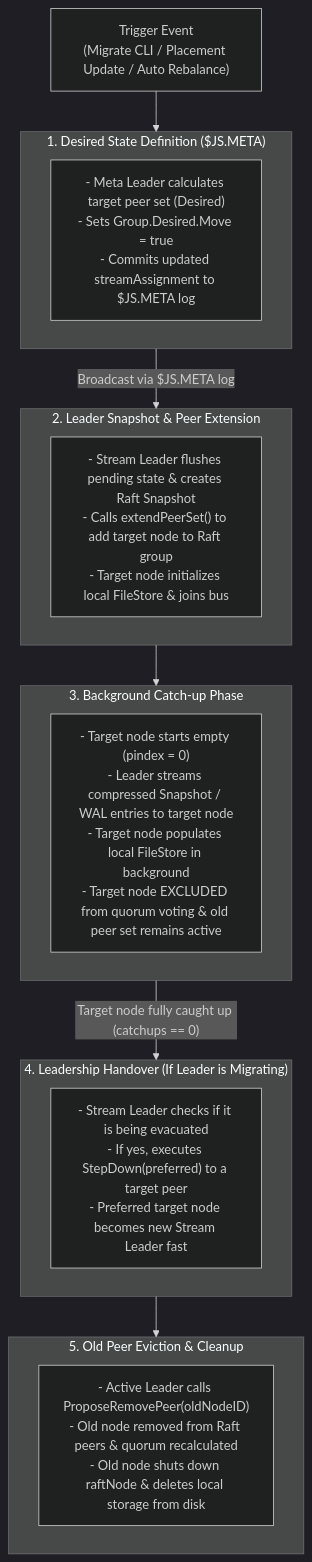
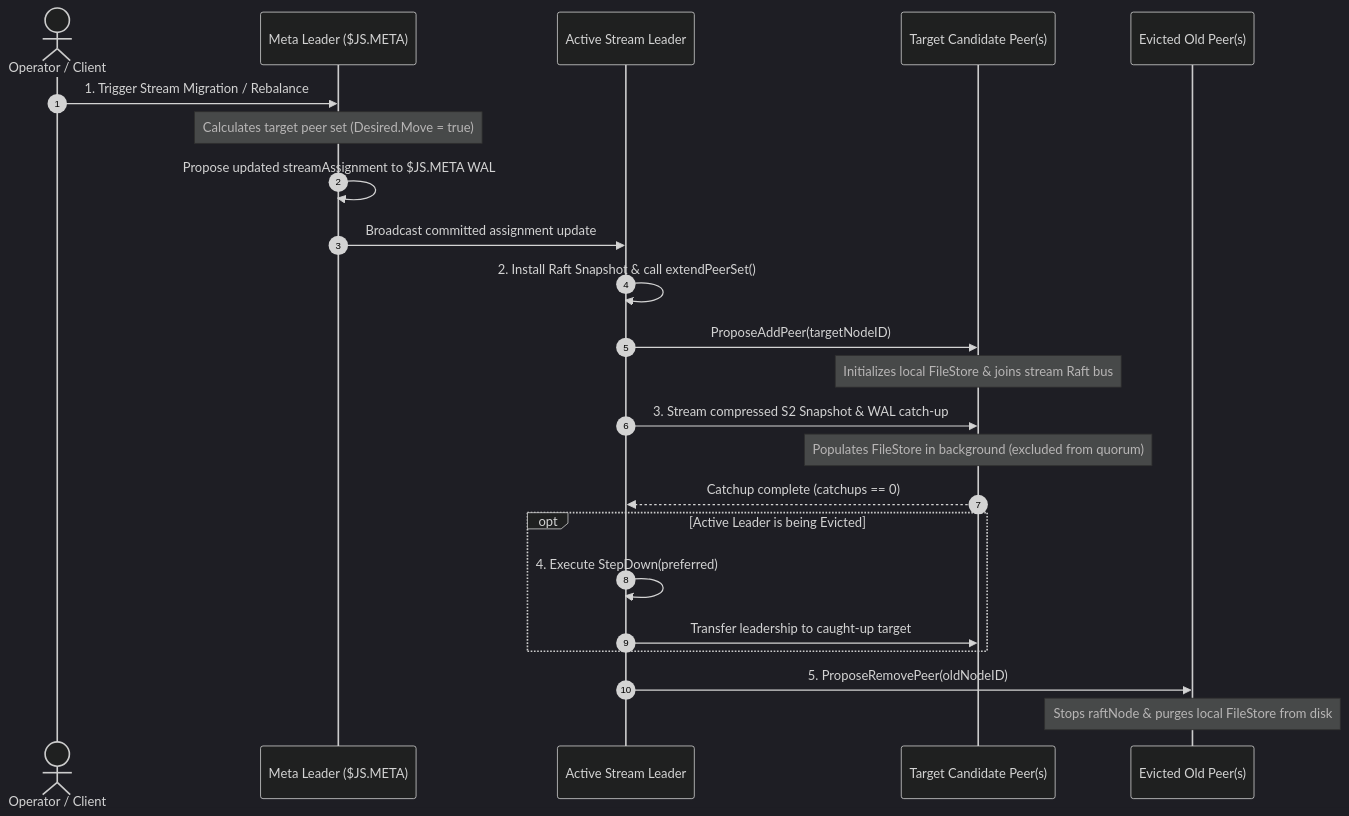
The diagram in supporting_documentation/streams/lifecycle/cluster-operations/balancing.md (hemanthkumar2k19/nats-eval), drawn with Mermaid (dark theme) before and after one commit. The commit also changed other lines of this file and 7 other files, not shown here.

Commit message:
docs: replace cluster operation flowcharts with sequence diagrams in stream lifecycle guides

````diff
--- a/supporting_documentation/streams/lifecycle/cluster-operations/balancing.md
+++ b/supporting_documentation/streams/lifecycle/cluster-operations/balancing.md
@@ -36,32 +23,26 @@
 ```mermaid
-flowchart TD
-    Trigger["Trigger Event\n(Migrate CLI / Placement Update / Auto Rebalance)"] --> Step1
+sequenceDiagram
+    autonumber
+    actor Op as Operator / Client
+    participant Meta as Meta Leader ($JS.META)
+    participant Leader as Active Stream Leader
+    participant Target as Target Candidate Peer(s)
+    participant OldNode as Evicted Old Peer(s)
 
-    subgraph Step1["1. Desired State Definition ($JS.META)"]
-        S1["- Meta Leader calculates target peer set (Desired)\n- Sets Group.Desired.Move = true\n- Commits updated streamAssignment to $JS.META log"]
+    Op->>Meta: 1. Trigger Stream Migration / Rebalance
+    Note over Meta: Calculates target peer set (Desired.Move = true)
+    Meta->>Meta: Propose updated streamAssignment to $JS.META WAL
+    Meta->>Leader: Broadcast committed assignment update
+    Leader->>Leader: 2. Install Raft Snapshot & call extendPeerSet()
+    Leader->>Target: ProposeAddPeer(targetNodeID)
+    Note over Target: Initializes local FileStore & joins stream Raft bus
+    Leader->>Target: 3. Stream compressed S2 Snapshot & WAL catch-up
+    Note over Target: Populates FileStore in background (excluded from quorum)
+    Target-->>Leader: Catchup complete (catchups == 0)
+    opt Active Leader is being Evicted
+        Leader->>Leader: 4. Execute StepDown(preferred)
+        Leader->>Target: Transfer leadership to caught-up target
     end
-
-    Step1 -- "Broadcast via $JS.META log" --> Step2
-
-    subgraph Step2["2. Leader Snapshot & Peer Extension"]
-        S2["- Stream Leader flushes pending state & creates Raft Snapshot\n- Calls extendPeerSet() to add target node to Raft group\n- Target node initializes local FileStore & joins bus"]
-    end
-
-    Step2 --> Step3
-
-    subgraph Step3["3. Background Catch-up Phase"]
-        S3["- Target node starts empty (pindex = 0)\n- Leader streams compressed Snapshot / WAL entries to target node\n- Target node populates local FileStore in background\n- Target node EXCLUDED from quorum voting & old peer set remains active"]
-    end
-
-    Step3 -- "Target node fully caught up (catchups == 0)" --> Step4
-
-    subgraph Step4["4. Leadership Handover (If Leader is Migrating)"]
-        S4["- Stream Leader checks if it is being evacuated\n- If yes, executes StepDown(preferred) to a target peer\n- Preferred target node becomes new Stream Leader fast"]
-    end
-
-    Step4 --> Step5
-
-    subgraph Step5["5. Old Peer Eviction & Cleanup"]
-        S5["- Active Leader calls ProposeRemovePeer(oldNodeID)\n- Old node removed from Raft peers & quorum recalculated\n- Old node shuts down raftNode & deletes local storage from disk"]
-    end
+    Leader->>OldNode: 5. ProposeRemovePeer(oldNodeID)
+    Note over OldNode: Stops raftNode & purges local FileStore from disk
 ```
````
